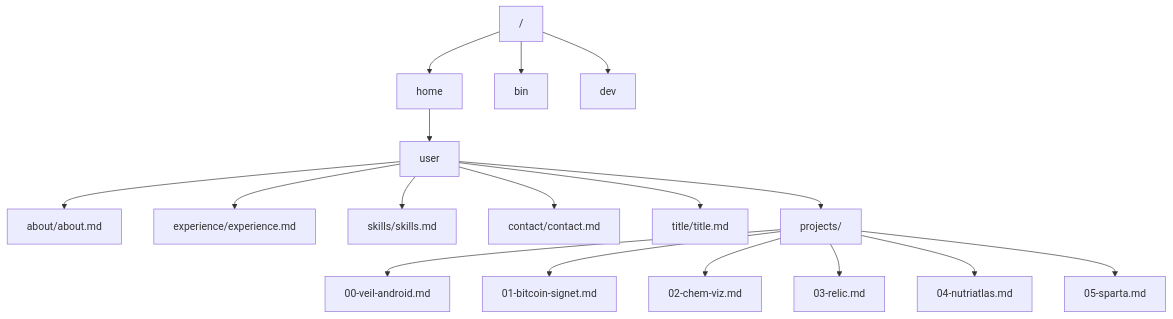
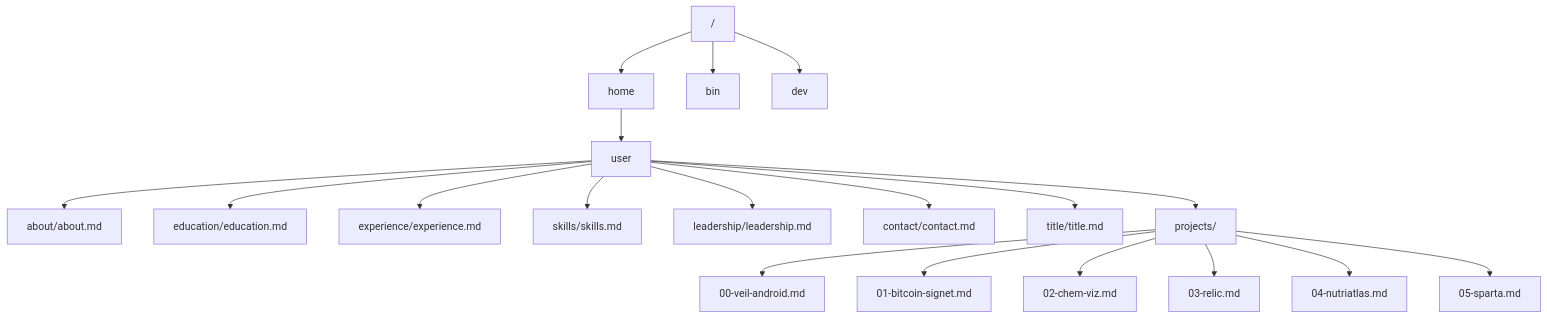
One commit to pracheersrivastava/pracheersrivastava.github.io changed the third of 4 diagrams in README.md. Above: the diagram before and after it, drawn with Mermaid. The commit also changed other lines of this file and 4 other files, not shown here.

Commit message:
docs: screenshots and filesystem diagram for the new sections

````diff
--- a/README.md
+++ b/README.md
@@ -123,19 +129,21 @@
 ```mermaid
 flowchart TD
     ROOT["/"] --> HOME["home"]
     ROOT --> BIN["bin"]
     ROOT --> DEV["dev"]
     HOME --> USER["user"]
     USER --> ABOUT["about/about.md"]
+    USER --> EDU["education/education.md"]
     USER --> XP["experience/experience.md"]
     USER --> SKILLS["skills/skills.md"]
+    USER --> LEAD["leadership/leadership.md"]
     USER --> CONTACT["contact/contact.md"]
     USER --> TITLE["title/title.md"]
     USER --> PROJ["projects/"]
     PROJ --> P0["00-veil-android.md"]
     PROJ --> P1["01-bitcoin-signet.md"]
     PROJ --> P2["02-chem-viz.md"]
     PROJ --> P3["03-relic.md"]
     PROJ --> P4["04-nutriatlas.md"]
     PROJ --> P5["05-sparta.md"]
 ```
````
